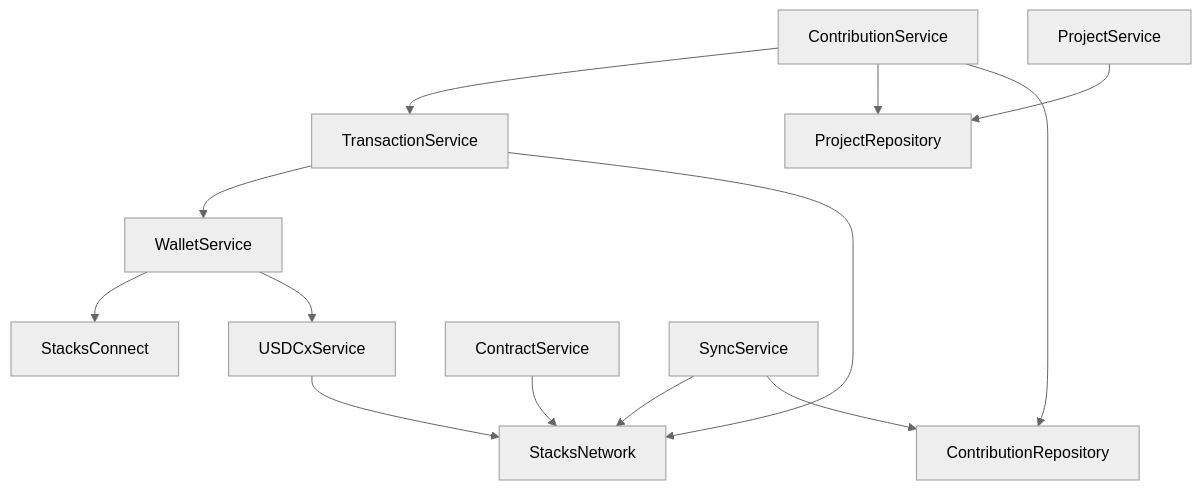
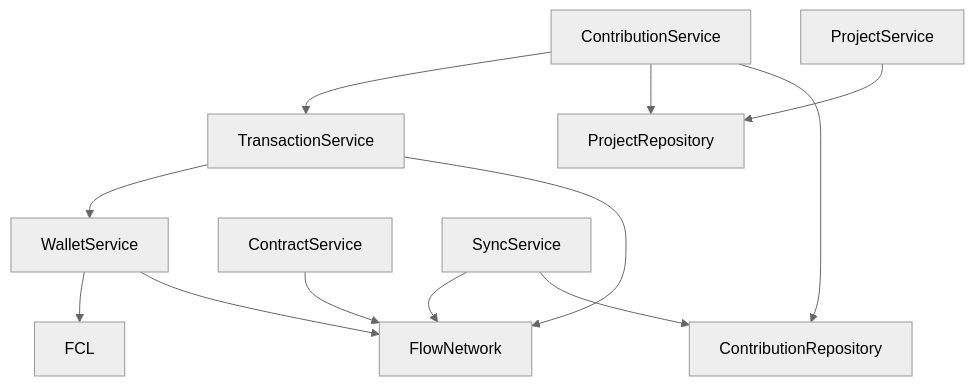
The sixth of 9 diagrams in README.md (enliven17/flow-gives), drawn with Mermaid (neutral theme) before and after one commit. The commit also changed other lines of this file and 10 other files, not shown here.

````diff
--- a/README.md
+++ b/README.md
@@ -203,19 +210,18 @@
 ```mermaid
 graph TD
     ContributionService --> TransactionService
     ContributionService --> ProjectRepository
     ContributionService --> ContributionRepository
     
     ProjectService --> ProjectRepository
     
     TransactionService --> WalletService
-    TransactionService --> StacksNetwork
+    TransactionService --> FlowNetwork
     
-    WalletService --> StacksConnect
-    WalletService --> USDCxService
+    WalletService --> FCL
+    WalletService --> FlowNetwork
     
-    USDCxService --> StacksNetwork
-    ContractService --> StacksNetwork
-    SyncService --> StacksNetwork
+    ContractService --> FlowNetwork
+    SyncService --> FlowNetwork
     SyncService --> ContributionRepository
 ```
````
